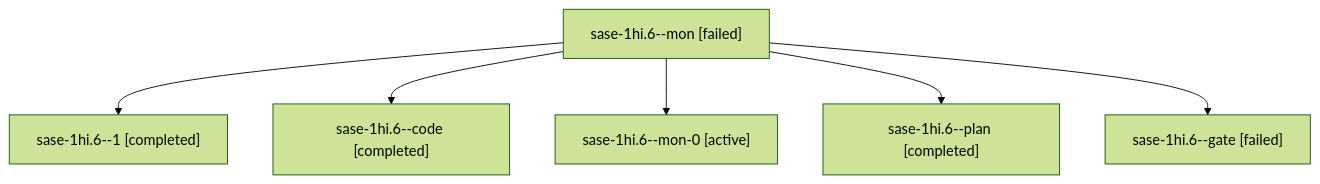
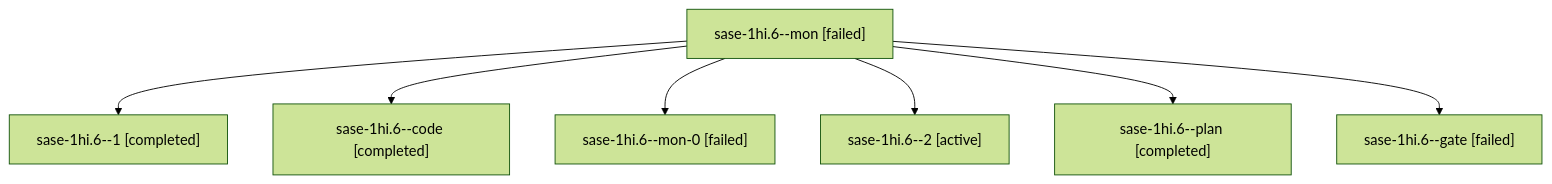
The diagram in sessions/bbugyi200.apollo.sase-1hi.6.md (sase-org/sase--agents), drawn with Mermaid (forest theme) before and after one commit. The commit also changed other lines of this file and 58 other files, not shown here.

````diff
--- a/sessions/bbugyi200.apollo.sase-1hi.6.md
+++ b/sessions/bbugyi200.apollo.sase-1hi.6.md
@@ -9,14 +9,16 @@
 ```mermaid
 flowchart TD
   n0["sase-1hi.6--mon [failed]"]
   n1["sase-1hi.6--1 [completed]"]
   n0 --> n1
   n2["sase-1hi.6--code [completed]"]
   n0 --> n2
-  n3["sase-1hi.6--mon-0 [active]"]
+  n3["sase-1hi.6--mon-0 [failed]"]
   n0 --> n3
-  n4["sase-1hi.6--plan [completed]"]
+  n4["sase-1hi.6--2 [active]"]
   n0 --> n4
-  n5["sase-1hi.6--gate [failed]"]
+  n5["sase-1hi.6--plan [completed]"]
   n0 --> n5
+  n6["sase-1hi.6--gate [failed]"]
+  n0 --> n6
 ```
````
